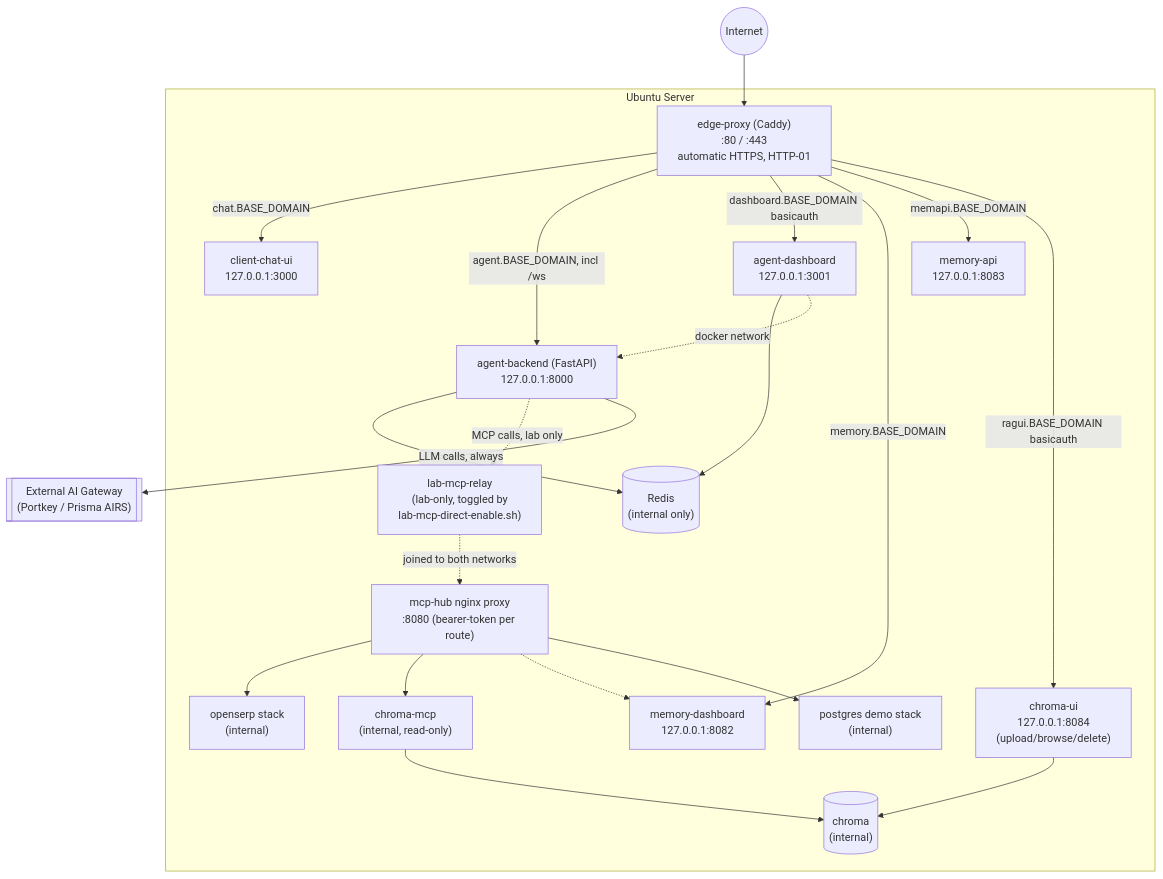
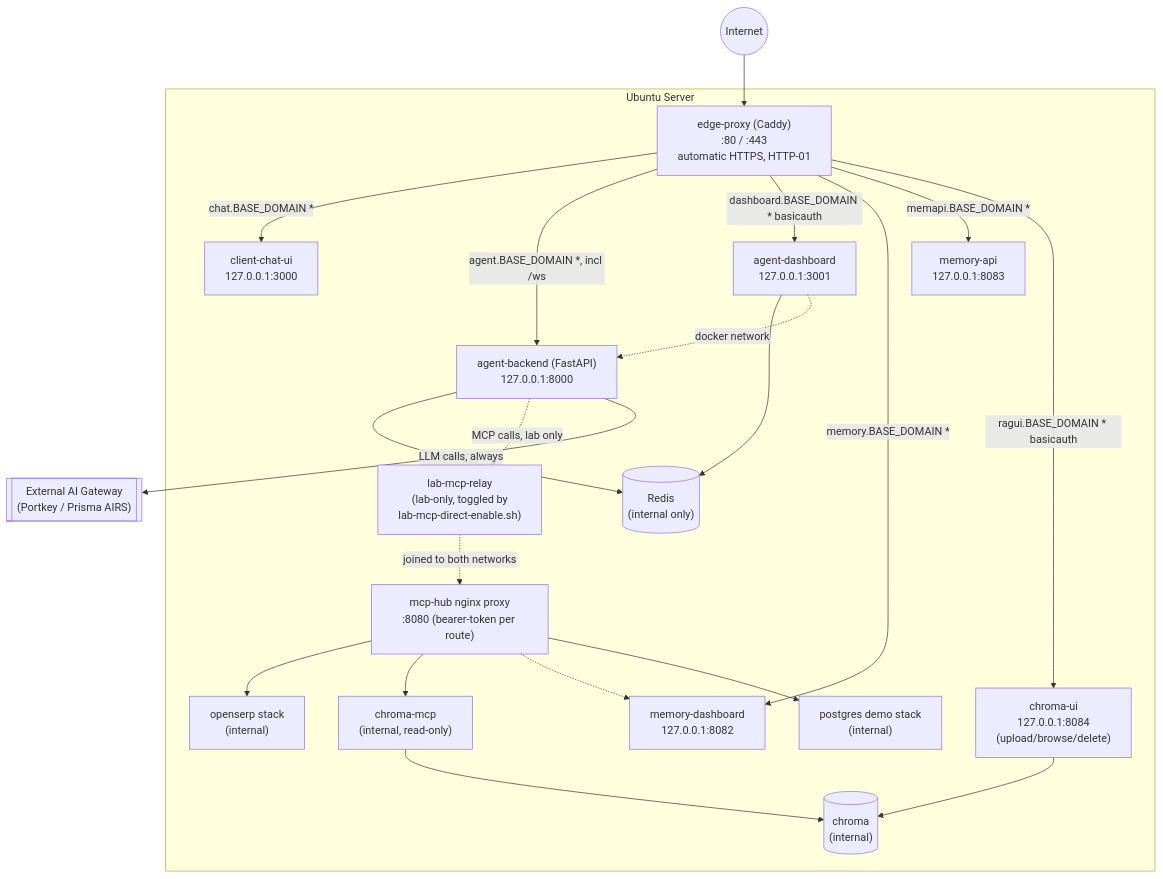
Before and after one commit to matthew20103/lab-agent-all-in-one: the third of 3 diagrams in LAB_GUIDE.md, drawn with Mermaid. The commit also changed other lines of this file and 4 other files, not shown here.

First line of the commit message:
install.sh: editable subdomain prefixes, clearer Idira flow, masked passwords, verified TLS

````diff
--- a/LAB_GUIDE.md
+++ b/LAB_GUIDE.md
@@ -316,47 +316,47 @@
 ```mermaid
 flowchart TB
     Internet((Internet))
 
     subgraph Ubuntu Server
         Edge["edge-proxy (Caddy)\n:80 / :443\nautomatic HTTPS, HTTP-01"]
 
         Chat["client-chat-ui\n127.0.0.1:3000"]
         Agent["agent-backend (FastAPI)\n127.0.0.1:8000"]
         Redis[("Redis\n(internal only)")]
         Dash["agent-dashboard\n127.0.0.1:3001"]
         Relay["lab-mcp-relay\n(lab-only, toggled by\nlab-mcp-direct-enable.sh)"]
 
         McpProxy["mcp-hub nginx proxy\n:8080 (bearer-token per route)"]
         OpenSERP["openserp stack\n(internal)"]
         ChromaDb[("chroma\n(internal)")]
         ChromaMcp["chroma-mcp\n(internal, read-only)"]
         ChromaUi["chroma-ui\n127.0.0.1:8084\n(upload/browse/delete)"]
         MemDash["memory-dashboard\n127.0.0.1:8082"]
         MemApi["memory-api\n127.0.0.1:8083"]
         PG["postgres demo stack\n(internal)"]
 
-        Edge -->|chat.BASE_DOMAIN| Chat
-        Edge -->|agent.BASE_DOMAIN, incl /ws| Agent
-        Edge -->|dashboard.BASE_DOMAIN basicauth| Dash
-        Edge -->|memory.BASE_DOMAIN| MemDash
-        Edge -->|memapi.BASE_DOMAIN| MemApi
-        Edge -->|ragui.BASE_DOMAIN basicauth| ChromaUi
+        Edge -->|chat.BASE_DOMAIN *| Chat
+        Edge -->|agent.BASE_DOMAIN *, incl /ws| Agent
+        Edge -->|dashboard.BASE_DOMAIN * basicauth| Dash
+        Edge -->|memory.BASE_DOMAIN *| MemDash
+        Edge -->|memapi.BASE_DOMAIN *| MemApi
+        Edge -->|ragui.BASE_DOMAIN * basicauth| ChromaUi
         Agent --> Redis
         Dash --> Redis
         Dash -.->|docker network| Agent
         Agent -.->|MCP calls, lab only| Relay
         Relay -. joined to both networks .-> McpProxy
 
         McpProxy --> OpenSERP
         McpProxy --> ChromaMcp
         McpProxy -.-> MemDash
         McpProxy --> PG
         ChromaMcp --> ChromaDb
         ChromaUi --> ChromaDb
     end
 
     Gateway[["External AI Gateway\n(Portkey / Prisma AIRS)"]]
 
     Internet --> Edge
     Agent -->|LLM calls, always| Gateway
 ```
````
